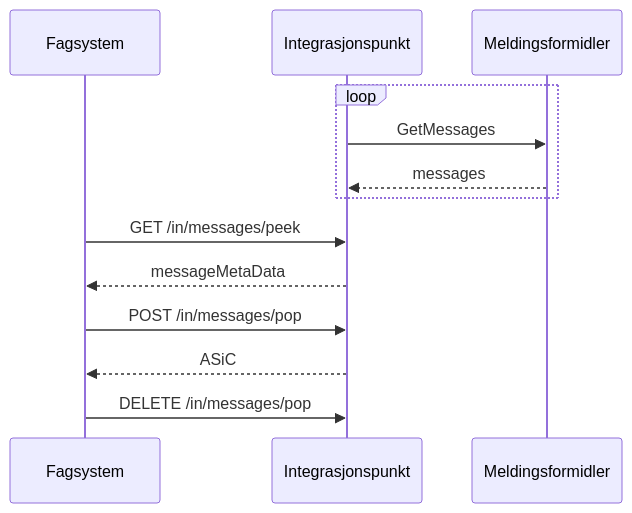
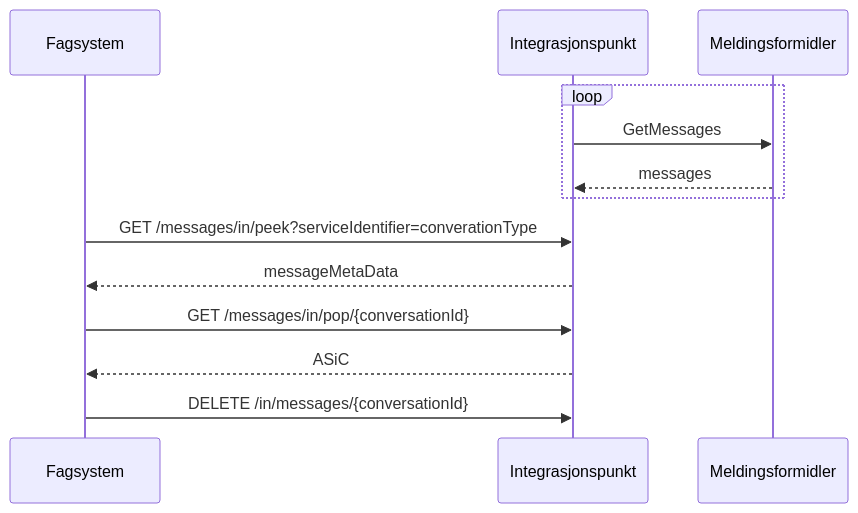
The third of 3 diagrams in pages/NextMove/meldingsflyt.md (difi/eformidling), drawn with Mermaid before and after one commit. The commit also changed other lines of this file, not shown here.

```diff
--- a/pages/NextMove/meldingsflyt.md
+++ b/pages/NextMove/meldingsflyt.md
@@ -46,18 +106,19 @@
 <div class="mermaid">
 
 sequenceDiagram
     participant fs as Fagsystem
     participant ip as Integrasjonspunkt
     participant mf  as Meldingsformidler
 
     loop
         ip->>mf: GetMessages
         mf-->>ip: messages
     end
-    fs->>ip: GET /in/messages/peek 
+    
+    fs->>ip: GET /messages/in/peek?serviceIdentifier=converationType
     ip-->>fs: messageMetaData
-    fs->>ip: POST /in/messages/pop
+    fs->>ip: GET /messages/in/pop/{conversationId}
     ip-->>fs: ASiC
-    fs->>ip: DELETE /in/messages/pop
+    fs->>ip: DELETE /in/messages/{conversationId}
 
 </div>
```
